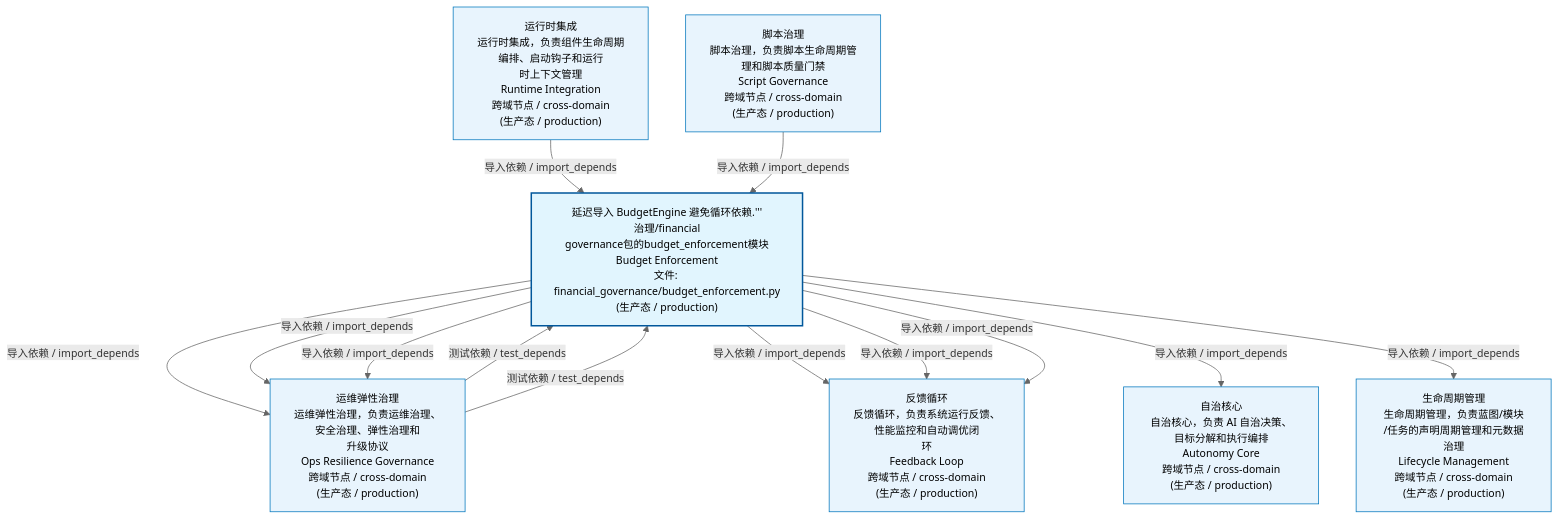
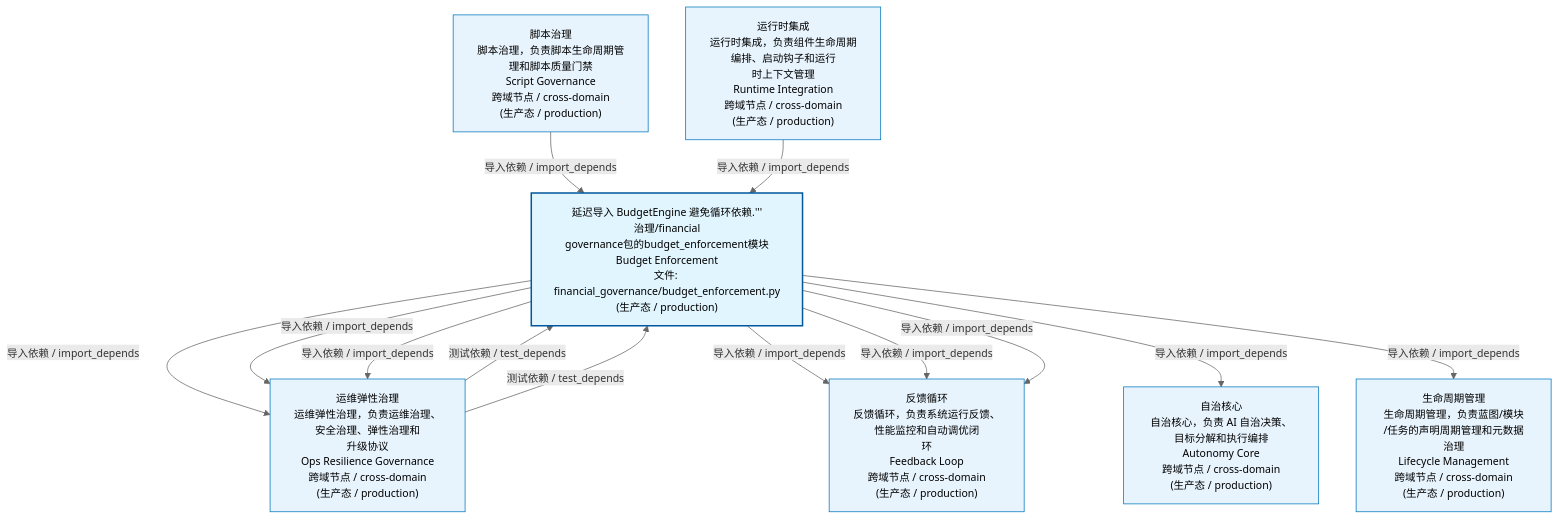
The first of 3 diagrams in docs/02_enterprise_architecture/02_domain_architecture_docs/54_d_gov_repair.md (xuanFelixVan/ZephyrAlpha), drawn with Mermaid before and after one commit. The commit also changed 46 other files, not shown here.

````diff
--- a/docs/02_enterprise_architecture/02_domain_architecture_docs/54_d_gov_repair.md
+++ b/docs/02_enterprise_architecture/02_domain_architecture_docs/54_d_gov_repair.md
@@ -53,29 +53,29 @@
 ```mermaid
 %%{init: {'theme': 'base', 'themeVariables': {'primaryColor': '#eaeaea', 'primaryTextColor': '#333333', 'primaryBorderColor': '#666666', 'lineColor': '#666666', 'secondaryColor': '#eaeaea', 'tertiaryColor': '#eaeaea', 'fontSize': '14px'}}}%%
 flowchart TD
     src_zephyr_governance_financial_governance_budget_enforcement_py["延迟导入 BudgetEngine 避免循环依赖.'''<br/>治理/financial<br/>governance包的budget_enforcement模块<br/>Budget Enforcement<br/>文件: financial_governance/budget_enforcement.py<br/>(生产态 / production)"]
     D_GOV_OPS_RESILIENCE["运维弹性治理<br/>运维弹性治理，负责运维治理、安全治理、弹性治理和<br/>升级协议<br/>Ops Resilience Governance<br/>跨域节点 / cross-domain<br/>(生产态 / production)"]
     src_zephyr_governance_financial_governance_budget_enforcement_py -->|导入依赖 / import_depends| D_GOV_OPS_RESILIENCE
+    src_zephyr_governance_financial_governance_budget_enforcement_py -->|导入依赖 / import_depends| D_GOV_OPS_RESILIENCE
     D_OPS["反馈循环<br/>反馈循环，负责系统运行反馈、性能监控和自动调优闭<br/>环<br/>Feedback Loop<br/>跨域节点 / cross-domain<br/>(生产态 / production)"]
     src_zephyr_governance_financial_governance_budget_enforcement_py -->|导入依赖 / import_depends| D_OPS
+    src_zephyr_governance_financial_governance_budget_enforcement_py -->|导入依赖 / import_depends| D_OPS
     src_zephyr_governance_financial_governance_budget_enforcement_py -->|导入依赖 / import_depends| D_GOV_OPS_RESILIENCE
-    src_zephyr_governance_financial_governance_budget_enforcement_py -->|导入依赖 / import_depends| D_GOV_OPS_RESILIENCE
-    src_zephyr_governance_financial_governance_budget_enforcement_py -->|导入依赖 / import_depends| D_OPS
     src_zephyr_governance_financial_governance_budget_enforcement_py -->|导入依赖 / import_depends| D_OPS
     D_AUTONOMY_CORE["自治核心<br/>自治核心，负责 AI 自治决策、目标分解和执行编排<br/>Autonomy Core<br/>跨域节点 / cross-domain<br/>(生产态 / production)"]
     src_zephyr_governance_financial_governance_budget_enforcement_py -->|导入依赖 / import_depends| D_AUTONOMY_CORE
     D_GOVERNANCE["生命周期管理<br/>生命周期管理，负责蓝图/模块<br/>/任务的声明周期管理和元数据治理<br/>Lifecycle Management<br/>跨域节点 / cross-domain<br/>(生产态 / production)"]
     src_zephyr_governance_financial_governance_budget_enforcement_py -->|导入依赖 / import_depends| D_GOVERNANCE
+    D_GOV_SCRIPTS["脚本治理<br/>脚本治理，负责脚本生命周期管理和脚本质量门禁<br/>Script Governance<br/>跨域节点 / cross-domain<br/>(生产态 / production)"]
+    D_GOV_SCRIPTS -->|导入依赖 / import_depends| src_zephyr_governance_financial_governance_budget_enforcement_py
     D_GOV_OPS_RESILIENCE -->|测试依赖 / test_depends| src_zephyr_governance_financial_governance_budget_enforcement_py
     D_INFRA_RUNTIME["运行时集成<br/>运行时集成，负责组件生命周期编排、启动钩子和运行<br/>时上下文管理<br/>Runtime Integration<br/>跨域节点 / cross-domain<br/>(生产态 / production)"]
     D_INFRA_RUNTIME -->|导入依赖 / import_depends| src_zephyr_governance_financial_governance_budget_enforcement_py
-    D_GOV_SCRIPTS["脚本治理<br/>脚本治理，负责脚本生命周期管理和脚本质量门禁<br/>Script Governance<br/>跨域节点 / cross-domain<br/>(生产态 / production)"]
-    D_GOV_SCRIPTS -->|导入依赖 / import_depends| src_zephyr_governance_financial_governance_budget_enforcement_py
     D_GOV_OPS_RESILIENCE -->|测试依赖 / test_depends| src_zephyr_governance_financial_governance_budget_enforcement_py
     classDef production fill:#e1f5fe,stroke:#01579b,stroke-width:2px,color:#000
     classDef design fill:#fff3e0,stroke:#e65100,stroke-width:2px,color:#000,stroke-dasharray: 5 5
     classDef external_prod fill:#e8f4fd,stroke:#0277bd,stroke-width:1px,color:#000
     classDef external_design fill:#fff8e7,stroke:#ef6c00,stroke-width:1px,color:#000,stroke-dasharray: 5 5
     class src_zephyr_governance_financial_governance_budget_enforcement_py production
-    class D_GOV_OPS_RESILIENCE,D_OPS,D_AUTONOMY_CORE,D_GOVERNANCE,D_INFRA_RUNTIME,D_GOV_SCRIPTS external_prod
+    class D_GOV_OPS_RESILIENCE,D_OPS,D_AUTONOMY_CORE,D_GOVERNANCE,D_GOV_SCRIPTS,D_INFRA_RUNTIME external_prod
 ```
````
